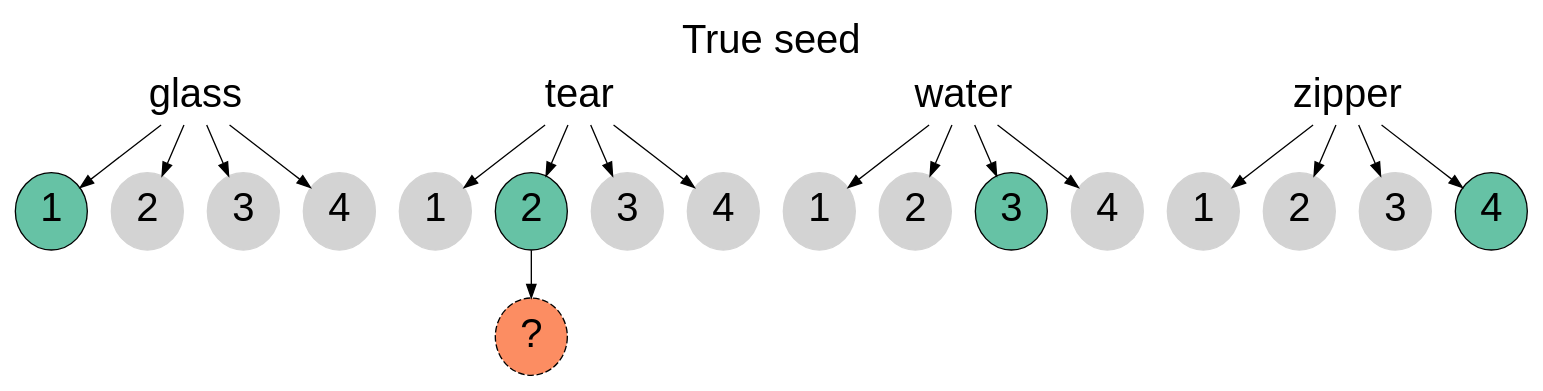
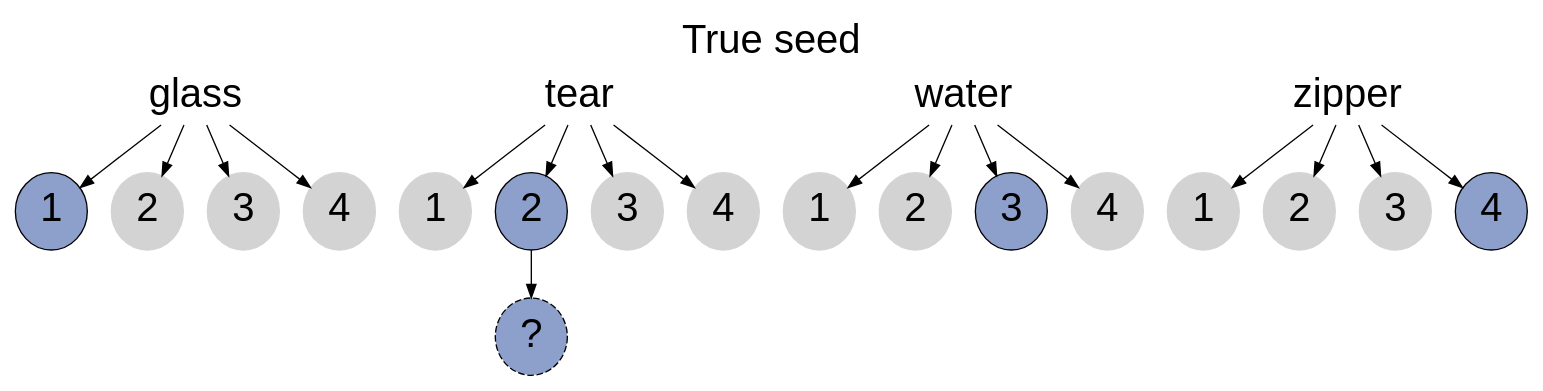
The diagram in wordsintransition/inst/extdata/true-seed.gv (lupyanlab/words-in-transition), drawn with Graphviz before and after one commit. The commit also changed 2 other files, not shown here.

Commit message:
Change colors to match figure

```diff
--- a/wordsintransition/inst/extdata/true-seed.gv
+++ b/wordsintransition/inst/extdata/true-seed.gv
@@ -1,47 +1,47 @@
 digraph {
   labelloc="t";
   label="True seed";
 
   graph[fontname="helvetica", fontsize=30];
   node[fontname="helvetica", fontsize=30];
 
   glass[shape="none"];
   tear[shape="none"];
   water[shape="none"];
   zipper[shape="none"];
 
   glass -> {glass1, glass2, glass3, glass4};
   tear -> {tear1, tear2, tear3, tear4};
   water -> {water1, water2, water3, water4};
   zipper -> {zipper1, zipper2, zipper3, zipper4};
 
-  glass1[style="filled", fillcolor="#66C2A5"];
-  tear2[style="filled", fillcolor="#66C2A5"];
-  water3[style="filled", fillcolor="#66C2A5"];
-  zipper4[style="filled", fillcolor="#66C2A5"];
+  glass1[style="filled", fillcolor="#8DA0CB"];
+  tear2[style="filled", fillcolor="#8DA0CB"];
+  water3[style="filled", fillcolor="#8DA0CB"];
+  zipper4[style="filled", fillcolor="#8DA0CB"];
 
   glass1[label="1"];
   glass2[label="2"];
   glass3[label="3"];
   glass4[label="4"];
 
   tear1[label="1"];
   tear2[label="2"];
   tear3[label="3"];
   tear4[label="4"];
 
   water1[label="1"];
   water2[label="2"];
   water3[label="3"];
   water4[label="4"];
 
   zipper1[label="1"];
   zipper2[label="2"];
   zipper3[label="3"];
   zipper4[label="4"];
 
   glass2, glass3, glass4, water1, water2, water4, tear1, tear3, tear4, zipper1, zipper2, zipper3[style="filled", color="lightgray", fillcolor="lightgray"];
 
   tear2 -> gen1;
-  gen1[label="?", style="filled, dashed", fillcolor="#FC8D62"];
+  gen1[label="?", style="filled, dashed", fillcolor="#8DA0CB"];
 }
```
